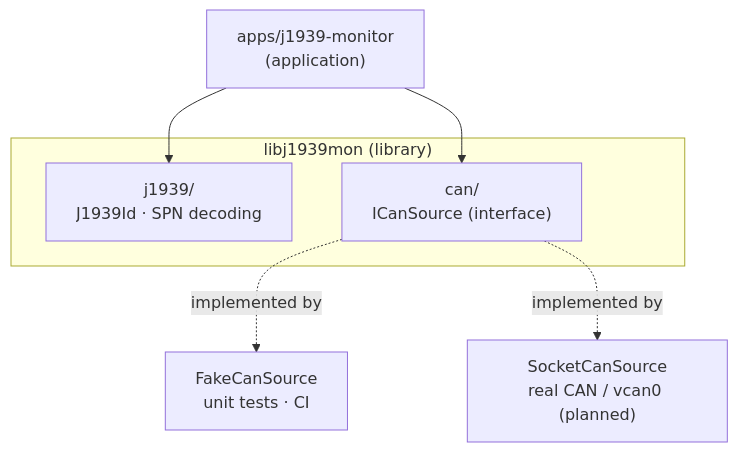
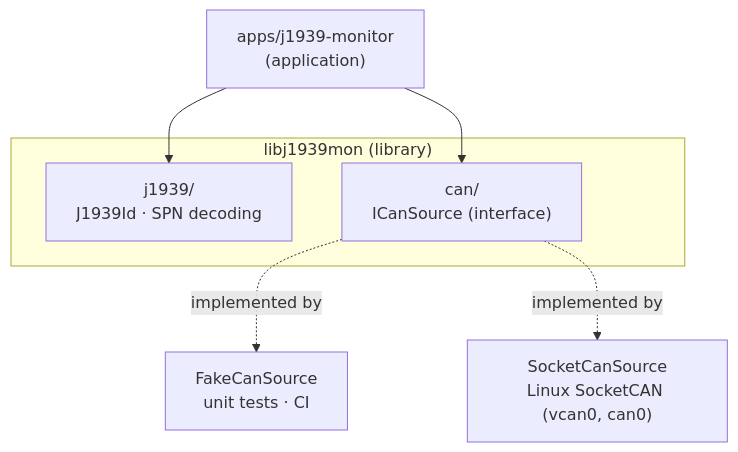
The diagram in README.md (Amir7698/j1939-monitor), drawn with Mermaid before and after one commit. The commit also changed other lines of this file, not shown here.

Commit message:
Update README with SocketCAN usage and live output

````diff
--- a/README.md
+++ b/README.md
@@ -61,15 +75,15 @@
 ```mermaid
 flowchart TB
     app["apps/j1939-monitor<br/>(application)"]
     subgraph lib["libj1939mon (library)"]
         j1939["j1939/<br/>J1939Id · SPN decoding"]
         can["can/<br/>ICanSource (interface)"]
     end
     fake["FakeCanSource<br/>unit tests · CI"]
-    real["SocketCanSource<br/>real CAN / vcan0 (planned)"]
+    real["SocketCanSource<br/>Linux SocketCAN (vcan0, can0)"]
 
     app --> j1939
     app --> can
     can -.implemented by.-> fake
     can -.implemented by.-> real
 ```
````
